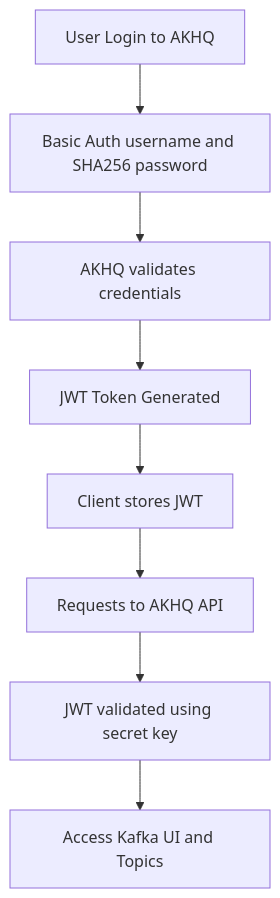
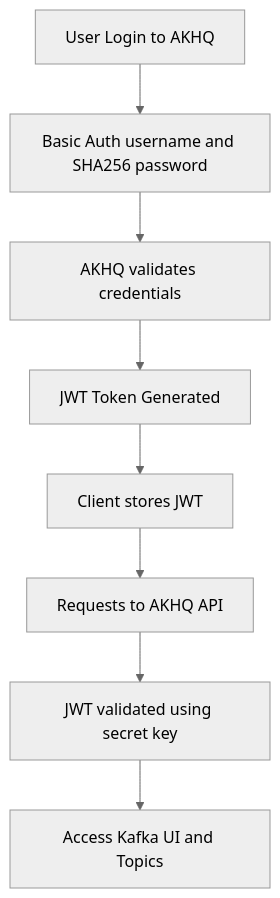
The diagram in jwt-security.md (vikasswe/kafka-processing-lab), drawn with Mermaid before and after one commit.

````diff
--- a/jwt-security.md
+++ b/jwt-security.md
@@ -109,11 +109,11 @@
 ```mermaid
-%%{init: {'theme': 'light'}}%%
+%%{init: {'theme': 'neutral'}}%%
 flowchart TD
     A[User Login to AKHQ] --> B[Basic Auth username and SHA256 password]
     B --> C[AKHQ validates credentials]
     C --> D[JWT Token Generated]
     D --> E[Client stores JWT]
     E --> F[Requests to AKHQ API]
     F --> G[JWT validated using secret key]
     G --> H[Access Kafka UI and Topics]
 ```
````
